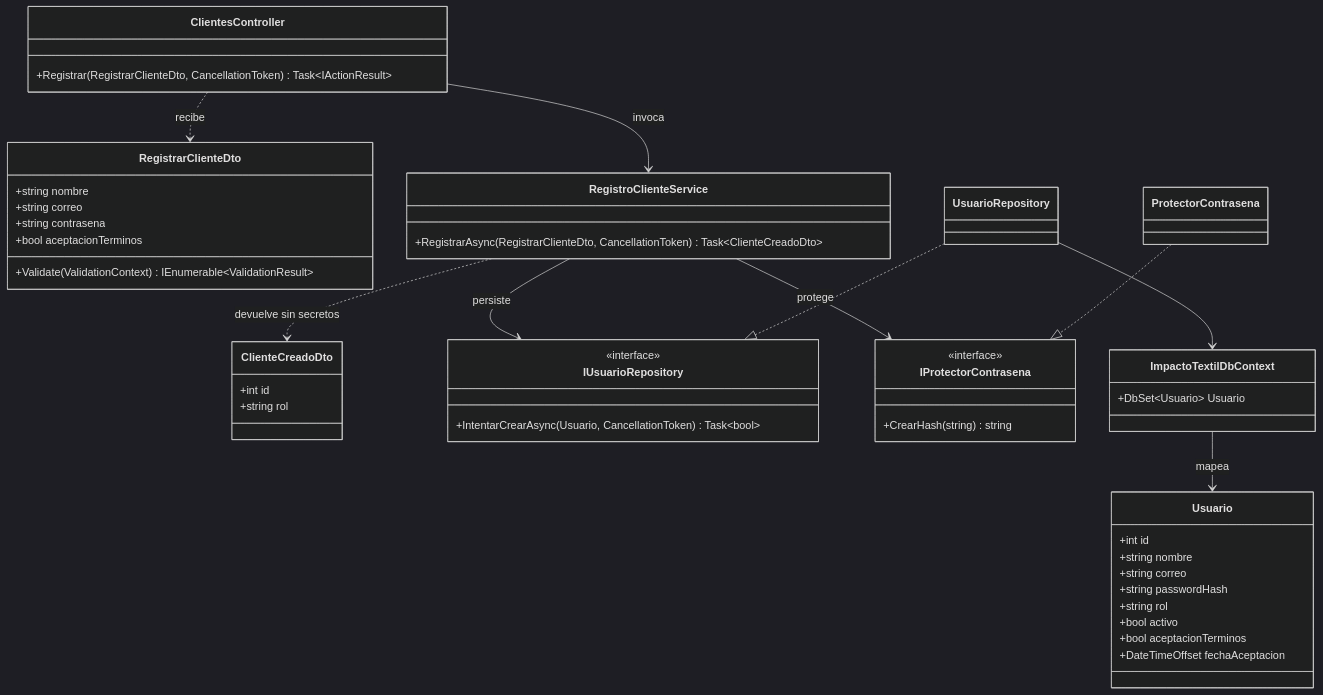
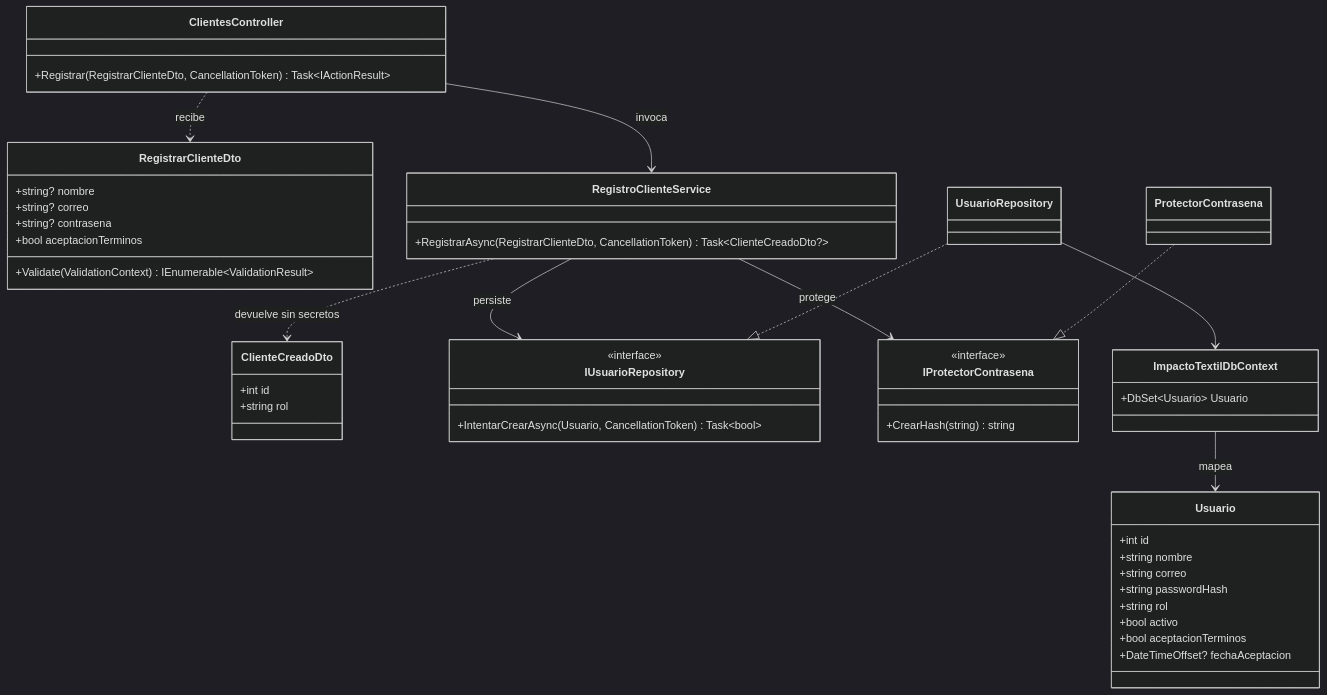
One commit to yirardyalbertoquintero-sys/Proyecto_fase_1_ing_software changed the diagram in docs/fase-3/diagramas/clases-registro.mmd. Above: the diagram before and after it, drawn with Mermaid (dark theme). The commit also changed 20 other files, not shown here.

```diff
--- a/docs/fase-3/diagramas/clases-registro.mmd
+++ b/docs/fase-3/diagramas/clases-registro.mmd
@@ -1,50 +1,50 @@
 classDiagram
     class RegistrarClienteDto {
-        +string nombre
-        +string correo
-        +string contrasena
+        +string? nombre
+        +string? correo
+        +string? contrasena
         +bool aceptacionTerminos
         +Validate(ValidationContext) IEnumerable~ValidationResult~
     }
     class ClienteCreadoDto {
         +int id
         +string rol
     }
     class ClientesController {
         +Registrar(RegistrarClienteDto, CancellationToken) Task~IActionResult~
     }
     class RegistroClienteService {
-        +RegistrarAsync(RegistrarClienteDto, CancellationToken) Task~ClienteCreadoDto~
+        +RegistrarAsync(RegistrarClienteDto, CancellationToken) Task~ClienteCreadoDto?~
     }
     class IUsuarioRepository {
         <<interface>>
         +IntentarCrearAsync(Usuario, CancellationToken) Task~bool~
     }
     class UsuarioRepository
     class IProtectorContrasena {
         <<interface>>
         +CrearHash(string) string
     }
     class ProtectorContrasena
     class ImpactoTextilDbContext {
         +DbSet~Usuario~ Usuario
     }
     class Usuario {
         +int id
         +string nombre
         +string correo
         +string passwordHash
         +string rol
         +bool activo
         +bool aceptacionTerminos
-        +DateTimeOffset fechaAceptacion
+        +DateTimeOffset? fechaAceptacion
     }
     ClientesController ..> RegistrarClienteDto : recibe
     ClientesController --> RegistroClienteService : invoca
     RegistroClienteService ..> ClienteCreadoDto : devuelve sin secretos
     RegistroClienteService --> IUsuarioRepository : persiste
     RegistroClienteService --> IProtectorContrasena : protege
     UsuarioRepository ..|> IUsuarioRepository
     ProtectorContrasena ..|> IProtectorContrasena
     UsuarioRepository --> ImpactoTextilDbContext
     ImpactoTextilDbContext --> Usuario : mapea
```
